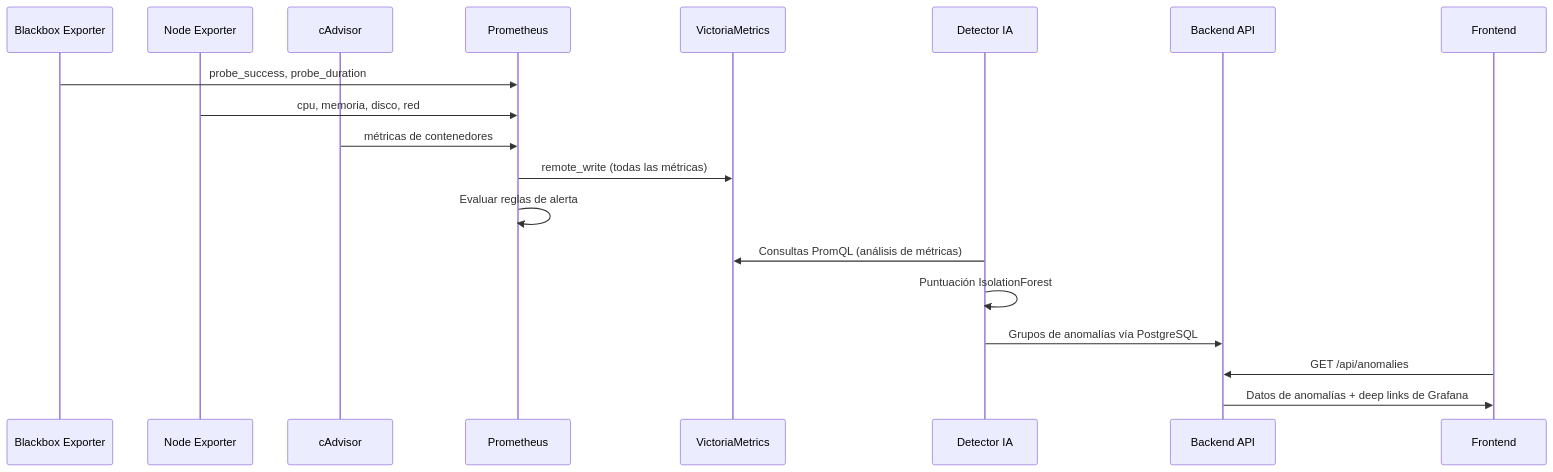
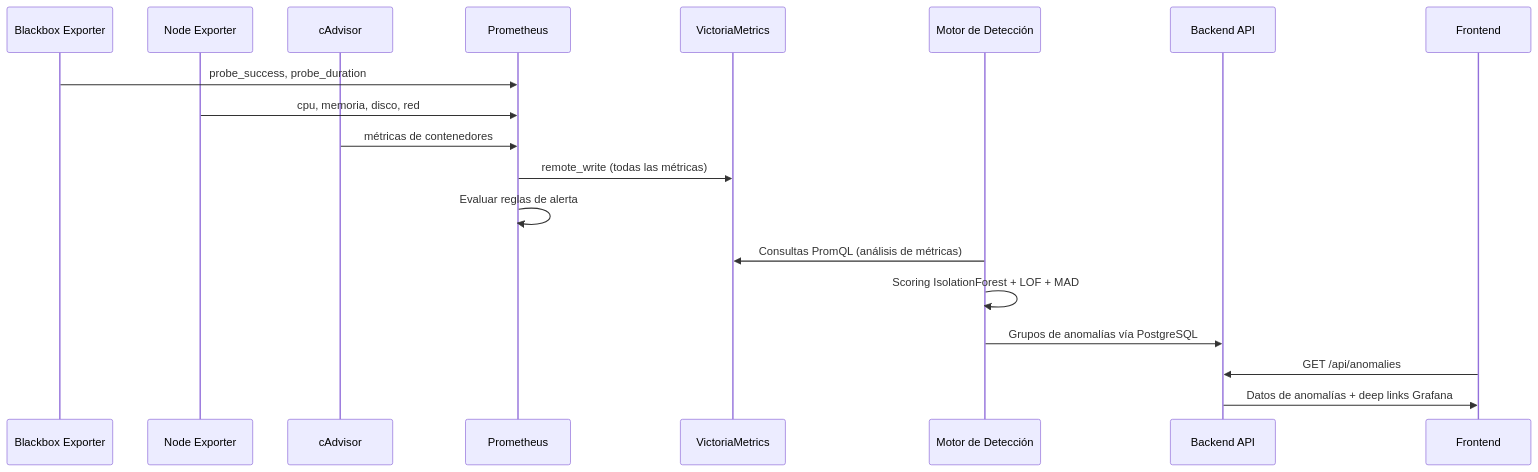
Before and after one commit to Rafael2712/rhinometric-overview: the second of 4 diagrams in ARCHITECTURE_ES.md, drawn with Mermaid. The commit also changed other lines of this file and 9 other files, not shown here.

````diff
--- a/ARCHITECTURE_ES.md
+++ b/ARCHITECTURE_ES.md
@@ -117,22 +120,22 @@
 ```mermaid
 sequenceDiagram
     participant BBE as Blackbox Exporter
     participant NE as Node Exporter
     participant CA as cAdvisor
     participant P as Prometheus
     participant VM as VictoriaMetrics
-    participant AI as Detector IA
+    participant AI as Motor de Detección
     participant BE as Backend API
     participant FE as Frontend
-    
+
     BBE->>P: probe_success, probe_duration
     NE->>P: cpu, memoria, disco, red
     CA->>P: métricas de contenedores
     P->>VM: remote_write (todas las métricas)
     P->>P: Evaluar reglas de alerta
     AI->>VM: Consultas PromQL (análisis de métricas)
-    AI->>AI: Puntuación IsolationForest
+    AI->>AI: Scoring IsolationForest + LOF + MAD
     AI->>BE: Grupos de anomalías vía PostgreSQL
     FE->>BE: GET /api/anomalies
-    BE->>FE: Datos de anomalías + deep links de Grafana
+    BE->>FE: Datos de anomalías + deep links Grafana
 ```
````
